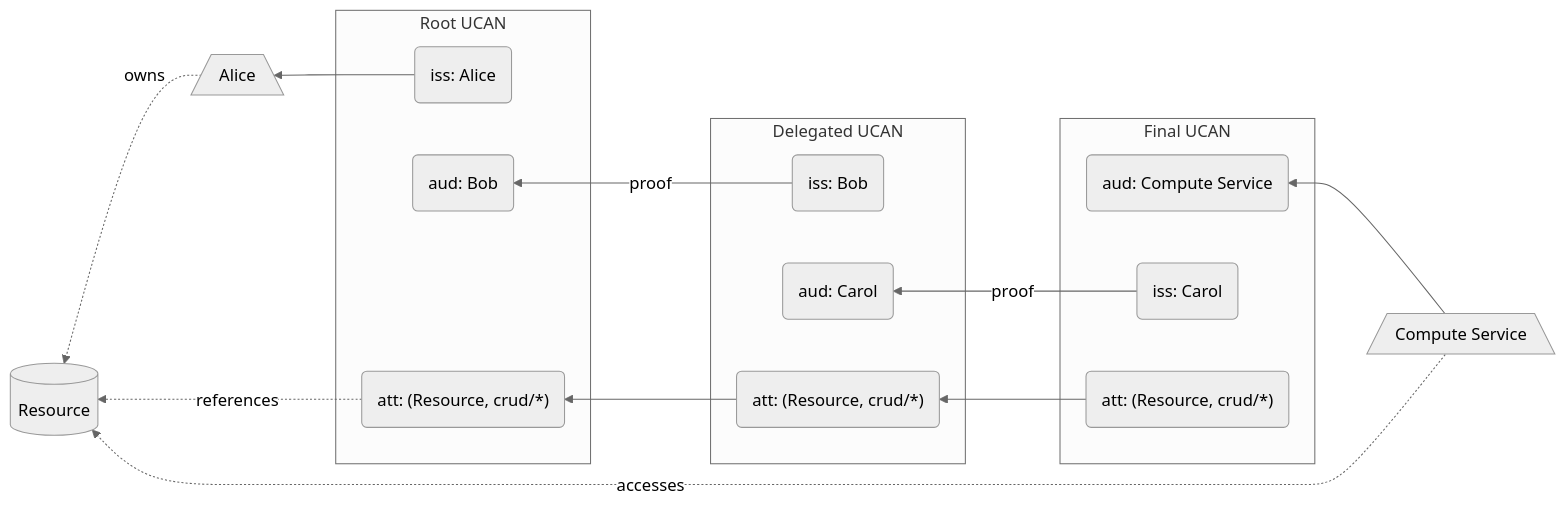
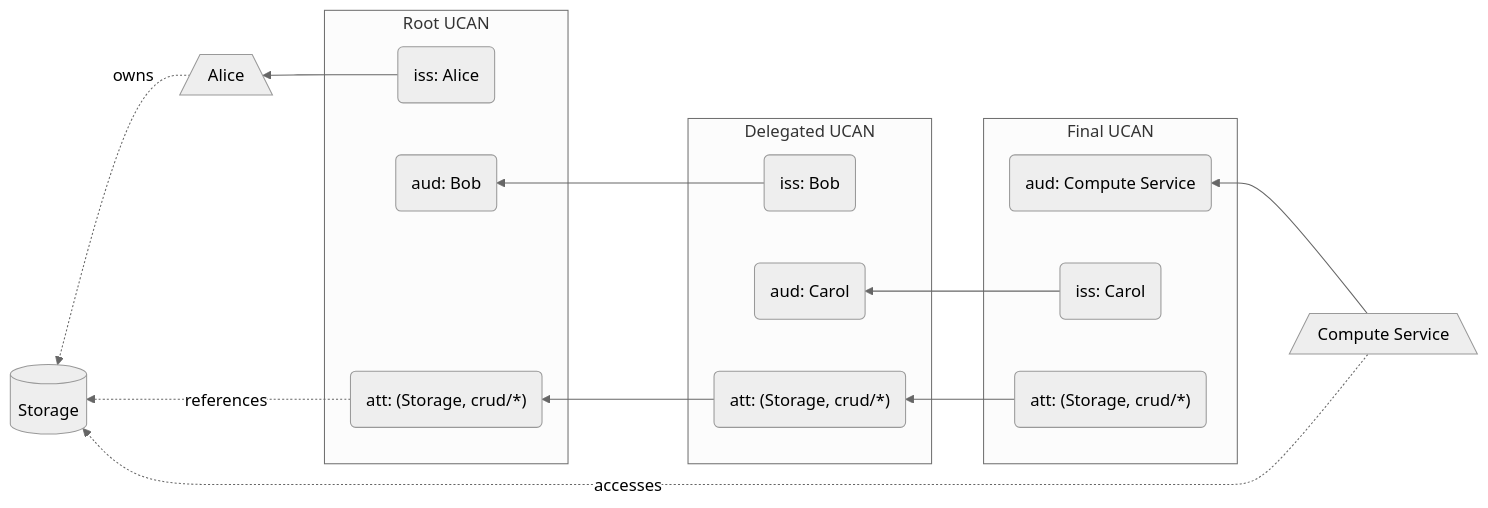
The second of 2 diagrams in README.md (ucan-wg/spec), drawn with Mermaid (neutral theme) before and after one commit. The commit also changed other lines of this file, not shown here.

Commit message:
Tweak diagram

````diff
--- a/README.md
+++ b/README.md
@@ -582,28 +582,27 @@
 ``` mermaid
 flowchart RL
-  owner[/Alice\] -. owns .-> resource[(Resource)]
+  owner[/Alice\] -. owns .-> resource[(Storage)]
   executor[/"Compute Service"\] --> del2Aud
   rootIss --> owner
 
   executor -. accesses .-> resource
-
   rootAtt -. references .-> resource
 
   subgraph root [Root UCAN]
     rootIss(iss: Alice)
     rootAud(aud: Bob)
-    rootAtt("att: (Resource, crud/*)")
+    rootAtt("att: (Storage, crud/*)")
   end
 
   subgraph del1 [Delegated UCAN]
-    del1Iss(iss: Bob) -- proof --> rootAud
+    del1Iss(iss: Bob) --> rootAud
     del1Aud(aud: Carol)
-    del1Att("att: (Resource, crud/*)") --> rootAtt
+    del1Att("att: (Storage, crud/*)") --> rootAtt
   end
 
   subgraph del2 [Final UCAN]
-    del2Iss(iss: Carol) -- proof --> del1Aud
+    del2Iss(iss: Carol) --> del1Aud
     del2Aud(aud: Compute Service)
-    del2Att("att: (Resource, crud/*)") --> del1Att
+    del2Att("att: (Storage, crud/*)") --> del1Att
   end
 ```
````
